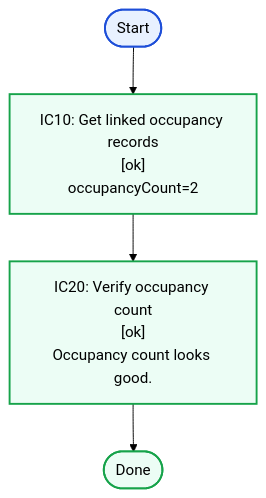
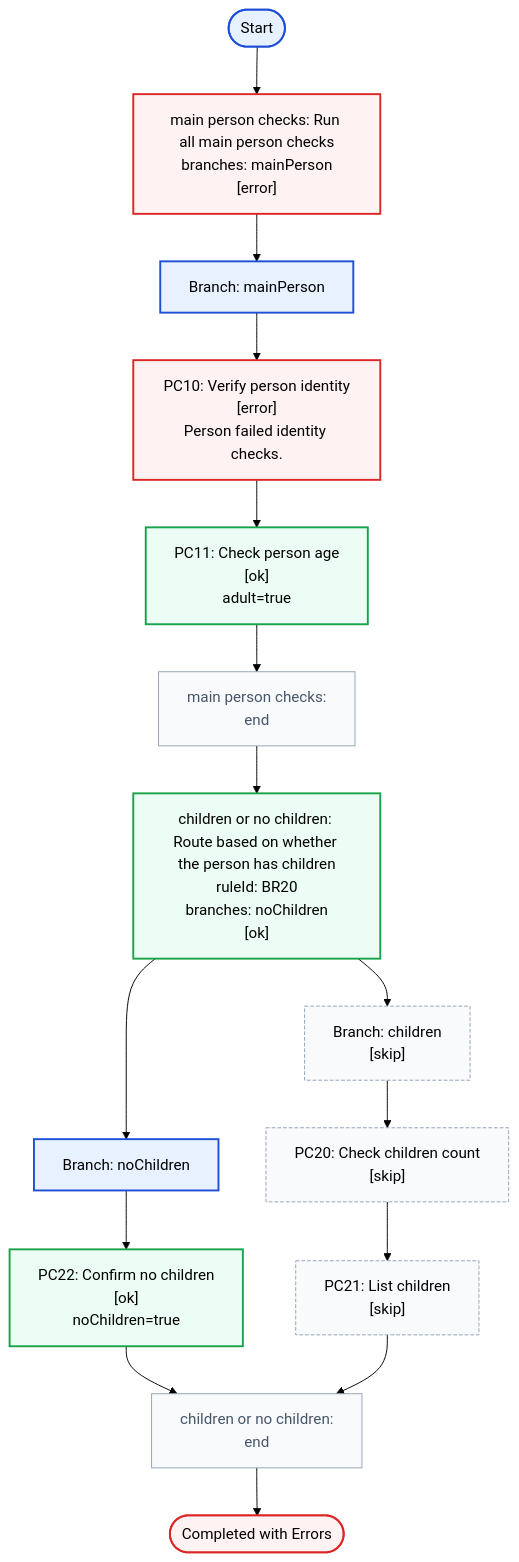
Before and after one commit to mikko-apo/structured-flow: the fourth of 12 diagrams in README.md, drawn with Mermaid (forest theme). The commit also changed other lines of this file and 13 other files, not shown here.

Commit message:
updated core api example, removed FlowBuilder, rename Step to Rule, improved documentation core api case

````diff
--- a/README.md
+++ b/README.md
@@ -236,24 +993,67 @@
 ```mermaid
 flowchart TD
   start([Start])
-  step_0["IC10: Get linked occupancy records
+  step_0["main person checks: Run all main person checks
+branches: mainPerson
+[error]"]
+  branch_0_end["main person checks:
+end"]
+  branch_0_end --> step_1
+  class branch_0_end join
+  branch_0_0_start["Branch: mainPerson"]
+  step_0 --> branch_0_0_start
+  branch_0_0_step_0["PC10: Verify person identity
+[error]
+Person failed identity checks."]
+  branch_0_0_start --> branch_0_0_step_0
+  branch_0_0_step_0 --> branch_0_0_step_1
+  class branch_0_0_step_0 failure
+  branch_0_0_step_1["PC11: Check person age
 [ok]
-occupancyCount=2"]
-  step_0 --> step_1
-  step_1["IC20: Verify occupancy count
+adult=true"]
+  branch_0_0_step_1 --> branch_0_end
+  class branch_0_0_step_1 success
+  class branch_0_0_start executed
+  step_1["children or no children: Route based on whether the person has children
+ruleId: BR20
+branches: noChildren
+[ok]"]
+  branch_1_end["children or no children:
+end"]
+  branch_1_end --> done
+  class branch_1_end join
+  branch_1_0_start["Branch: noChildren"]
+  step_1 --> branch_1_0_start
+  branch_1_0_step_0["PC22: Confirm no children
 [ok]
-Occupancy count looks good."]
-  step_1 --> done
-  done([Done])
+noChildren=true"]
+  branch_1_0_start --> branch_1_0_step_0
+  branch_1_0_step_0 --> branch_1_end
+  class branch_1_0_step_0 success
+  class branch_1_0_start executed
+  branch_1_1_start["Branch: children
+[skip]"]
+  step_1 --> branch_1_1_start
+  branch_1_1_step_0["PC20: Check children count
+[skip]"]
+  branch_1_1_start --> branch_1_1_step_0
+  branch_1_1_step_0 --> branch_1_1_step_1
+  class branch_1_1_step_0 neutral
+  branch_1_1_step_1["PC21: List children
+[skip]"]
+  branch_1_1_step_1 --> branch_1_end
+  class branch_1_1_step_1 neutral
+  class branch_1_1_start neutral
+  done([Completed with Errors])
   start --> step_0
   classDef executed fill:#e8f1ff,stroke:#1d4ed8,stroke-width:2px
   classDef success fill:#ecfdf5,stroke:#16a34a,stroke-width:2px
   classDef complete fill:#f0fdf4,stroke:#15803d,stroke-width:2px
   classDef failure fill:#fef2f2,stroke:#dc2626,stroke-width:2px
   classDef neutral fill:#f8fafc,stroke:#94a3b8,stroke-dasharray: 4 2
   classDef join fill:#f8fafc,stroke:#94a3b8,stroke-width:1px,color:#475569
-  class step_0 success
+  class step_0 failure
   class step_1 success
   class start executed
-  class done success
+  class done failure
 ```
````
